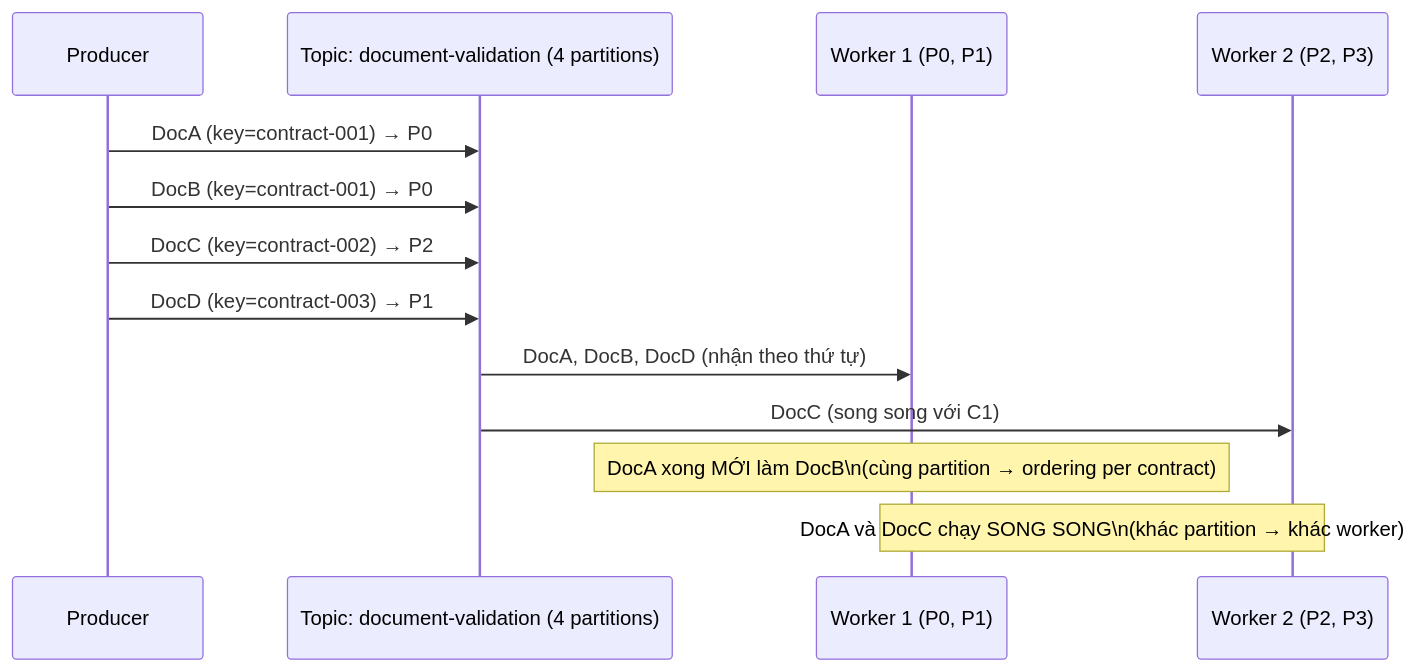
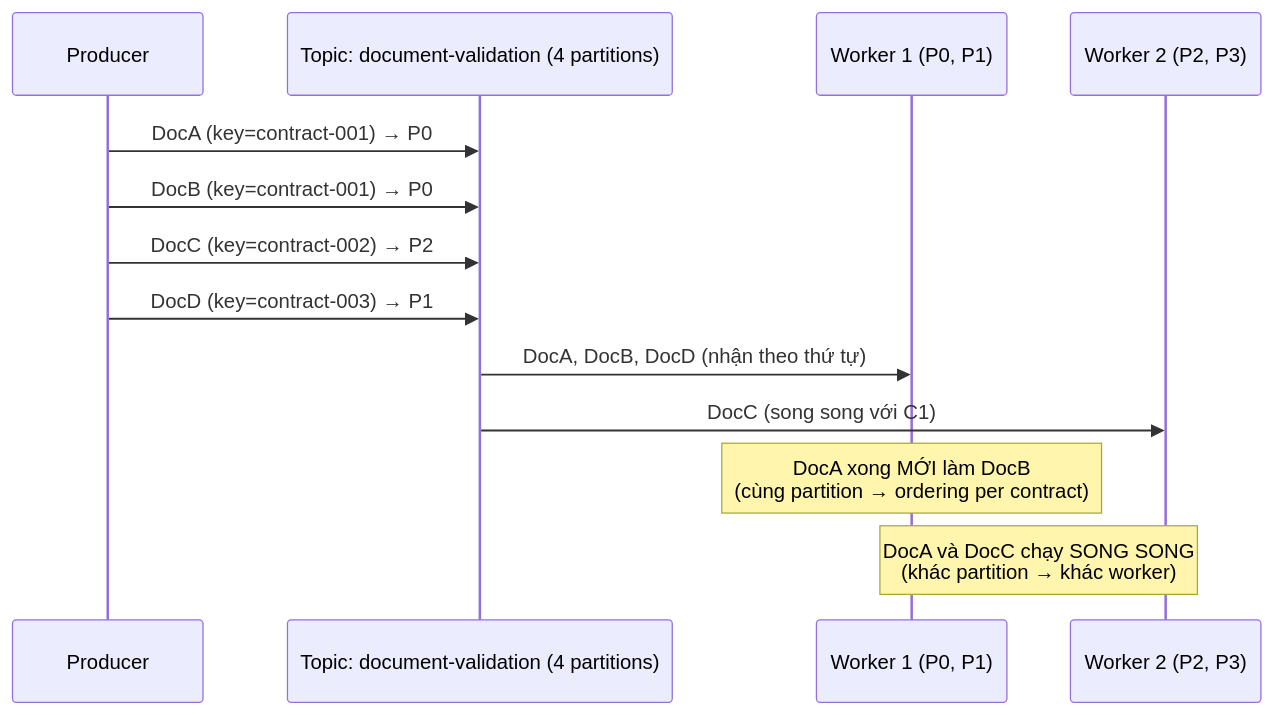
The tenth of 23 diagrams in quartz/content/Microservices-Patterns/Kafka-Configuration-Deep-Dive.md (dangthobach/dangthobach.github.io), drawn with Mermaid before and after one commit. The commit also changed other lines of this file and 114 other files, not shown here.

````diff
--- a/quartz/content/Microservices-Patterns/Kafka-Configuration-Deep-Dive.md
+++ b/quartz/content/Microservices-Patterns/Kafka-Configuration-Deep-Dive.md
@@ -476,18 +476,18 @@
 ```mermaid
 sequenceDiagram
     participant P as Producer
     participant T as Topic: document-validation (4 partitions)
     participant C1 as Worker 1 (P0, P1)
     participant C2 as Worker 2 (P2, P3)
 
     P->>T: DocA (key=contract-001) → P0
     P->>T: DocB (key=contract-001) → P0
     P->>T: DocC (key=contract-002) → P2
     P->>T: DocD (key=contract-003) → P1
 
     T->>C1: DocA, DocB, DocD (nhận theo thứ tự)
     T->>C2: DocC (song song với C1)
 
-    Note over C1: DocA xong MỚI làm DocB\n(cùng partition → ordering per contract)
-    Note over C1,C2: DocA và DocC chạy SONG SONG\n(khác partition → khác worker)
+    Note over C1: DocA xong MỚI làm DocB<br/>(cùng partition → ordering per contract)
+    Note over C1,C2: DocA và DocC chạy SONG SONG<br/>(khác partition → khác worker)
 ```
````
